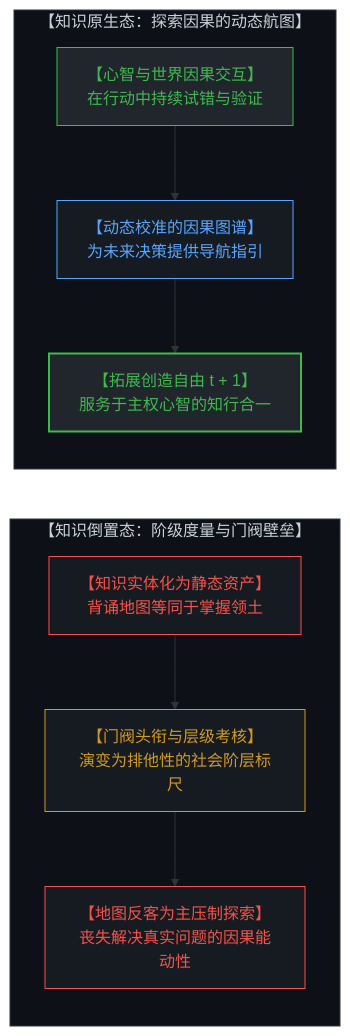
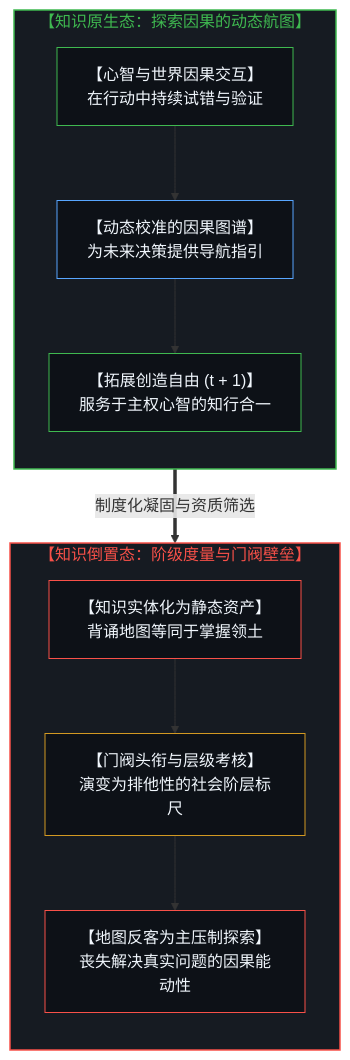
The seventh of 16 diagrams in content/posts/the-dissolution-of-the-great-reversal.md (powerpig99/not-a-toe), drawn with Mermaid before and after one commit. The commit also changed other lines of this file and 11 other files, not shown here.

````diff
--- a/content/posts/the-dissolution-of-the-great-reversal.md
+++ b/content/posts/the-dissolution-of-the-great-reversal.md
@@ -309,31 +271,31 @@
 ```mermaid
-graph TD
-    subgraph OriginMap["【知识原生态：探索因果的动态航图】"]
+flowchart TD
+    subgraph S_OriginMap["【知识原生态：探索因果的动态航图】"]
         direction TB
-        MindWorldInteraction["【心智与世界因果交互】<br>在行动中持续试错与验证"]
-        DynamicNavMap["【动态校准的因果图谱】<br>为未来决策提供导航指引"]
-        ExpandingFreedom["【拓展创造自由 t + 1】<br>服务于主权心智的知行合一"]
+        MindWorldInteraction["【心智与世界因果交互】<br/>在行动中持续试错与验证"]
+        DynamicNavMap["【动态校准的因果图谱】<br/>为未来决策提供导航指引"]
+        ExpandingFreedom["【拓展创造自由 (t + 1)】<br/>服务于主权心智的知行合一"]
         MindWorldInteraction --> DynamicNavMap
         DynamicNavMap --> ExpandingFreedom
     end
 
-    subgraph InvertedHierarchy["【知识倒置态：阶级度量与门阀壁垒】"]
+    S_OriginMap ==>|"制度化凝固与资质筛选"| S_InvertedHierarchy
+
+    subgraph S_InvertedHierarchy["【知识倒置态：阶级度量与门阀壁垒】"]
         direction TB
-        ReifiedCredentials["【知识实体化为静态资产】<br>背诵地图等同于掌握领土"]
-        InstitutionalRanking["【门阀头衔与层级考核】<br>演变为排他性的社会阶层标尺"]
-        DogmaticStagnation["【地图反客为主压制探索】<br>丧失解决真实问题的因果能动性"]
+        ReifiedCredentials["【知识实体化为静态资产】<br/>背诵地图等同于掌握领土"]
+        InstitutionalRanking["【门阀头衔与层级考核】<br/>演变为排他性的社会阶层标尺"]
+        DogmaticStagnation["【地图反客为主压制探索】<br/>丧失解决真实问题的因果能动性"]
         ReifiedCredentials --> InstitutionalRanking
         InstitutionalRanking --> DogmaticStagnation
     end
 
-    ExpandingFreedom ~~~ ReifiedCredentials
-
-    style OriginMap fill:#0d1117,stroke:#30363d,stroke-width:1px,color:#c9d1d9
-    style MindWorldInteraction fill:#21262d,stroke:#3fb950,stroke-width:1px,color:#3fb950
-    style DynamicNavMap fill:#161b22,stroke:#58a6ff,stroke-width:1px,color:#58a6ff
-    style ExpandingFreedom fill:#21262d,stroke:#3fb950,stroke-width:2px,color:#3fb950
-    style InvertedHierarchy fill:#0d1117,stroke:#30363d,stroke-width:1px,color:#c9d1d9
-    style ReifiedCredentials fill:#161b22,stroke:#f85149,stroke-width:1px,color:#f85149
-    style InstitutionalRanking fill:#161b22,stroke:#d29922,stroke-width:1px,color:#d29922
-    style DogmaticStagnation fill:#161b22,stroke:#f85149,stroke-width:1px,color:#f85149
+    style S_OriginMap fill:#161b22,stroke:#3fb950,stroke-width:1.5px,color:#3fb950
+    style S_InvertedHierarchy fill:#161b22,stroke:#f85149,stroke-width:1.5px,color:#f85149
+    style MindWorldInteraction fill:#0d1117,stroke:#3fb950,stroke-width:1px,color:#f0f6fc
+    style DynamicNavMap fill:#0d1117,stroke:#58a6ff,stroke-width:1px,color:#f0f6fc
+    style ExpandingFreedom fill:#0d1117,stroke:#3fb950,stroke-width:1px,color:#f0f6fc
+    style ReifiedCredentials fill:#0d1117,stroke:#f85149,stroke-width:1px,color:#f0f6fc
+    style InstitutionalRanking fill:#0d1117,stroke:#d29922,stroke-width:1px,color:#f0f6fc
+    style DogmaticStagnation fill:#0d1117,stroke:#f85149,stroke-width:1px,color:#f0f6fc
 ```
````
